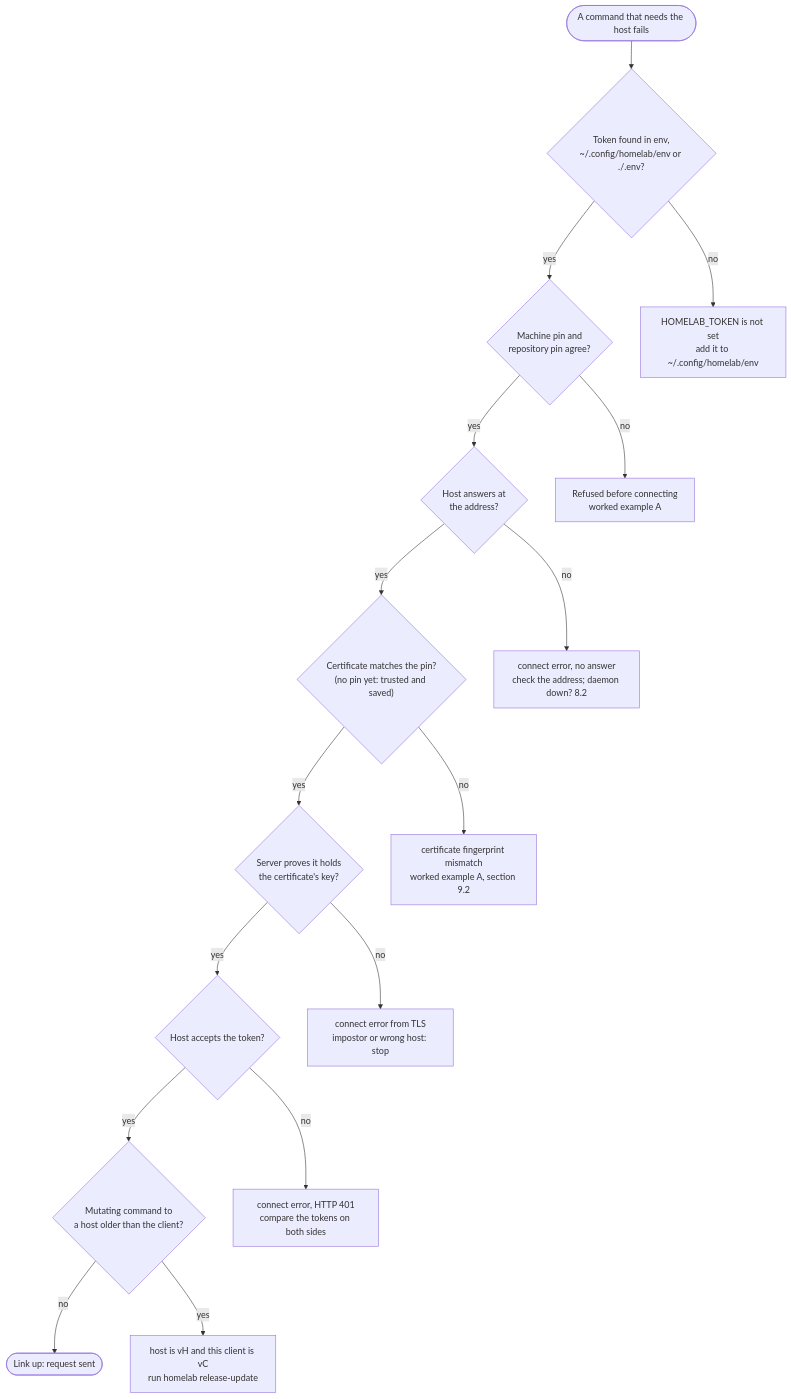
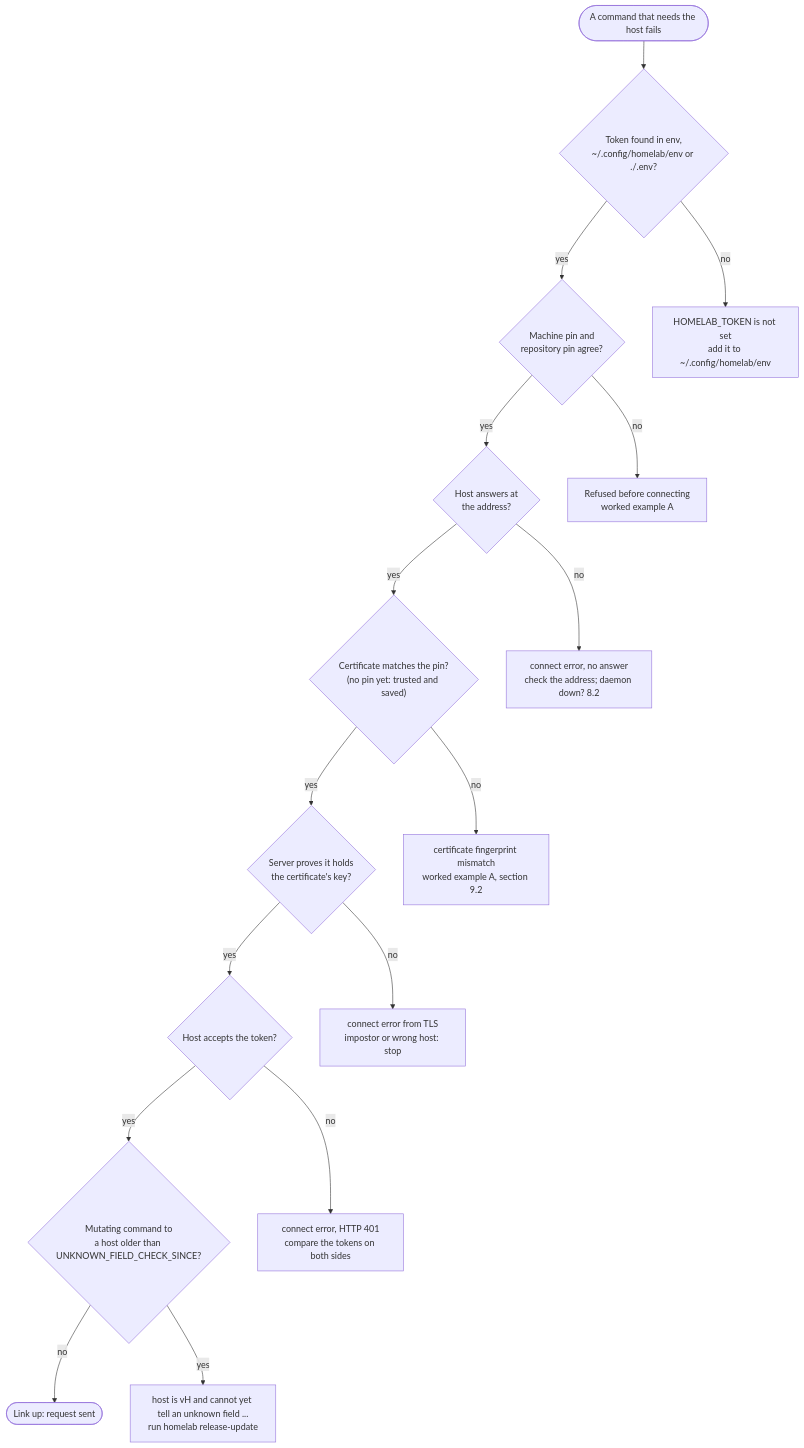
One commit to kennypassenier/homelab changed the third of 3 diagrams in docs/DEBUGGING_GUIDE.md. Above: the diagram before and after it, drawn with Mermaid. The commit also changed other lines of this file and 6 other files, not shown here.

````diff
--- a/docs/DEBUGGING_GUIDE.md
+++ b/docs/DEBUGGING_GUIDE.md
@@ -644,36 +647,36 @@
 ```mermaid
 flowchart TD
     start(["A command that needs the host fails"])
     tok{"Token found in env,<br/>~/.config/homelab/env or ./.env?"}
     pin{"Machine pin and<br/>repository pin agree?"}
     net{"Host answers at<br/>the address?"}
     fp{"Certificate matches the pin?<br/>(no pin yet: trusted and saved)"}
     sig{"Server proves it holds<br/>the certificate's key?"}
     auth{"Host accepts the token?"}
-    ver{"Mutating command to<br/>a host older than the client?"}
+    ver{"Mutating command to<br/>a host older than UNKNOWN_FIELD_CHECK_SINCE?"}
     ok(["Link up: request sent"])
 
     fix_tok["HOMELAB_TOKEN is not set<br/>add it to ~/.config/homelab/env"]
     fix_pin["Refused before connecting<br/>worked example A"]
     fix_net["connect error, no answer<br/>check the address; daemon down? 8.2"]
     fix_fp["certificate fingerprint mismatch<br/>worked example A, section 9.2"]
     fix_sig["connect error from TLS<br/>impostor or wrong host: stop"]
     fix_auth["connect error, HTTP 401<br/>compare the tokens on both sides"]
-    fix_ver["host is vH and this client is vC<br/>run homelab release-update"]
+    fix_ver["host is vH and cannot yet tell an unknown field ...<br/>run homelab release-update"]
 
     start --> tok
     tok -->|yes| pin
     tok -->|no| fix_tok
     pin -->|yes| net
     pin -->|no| fix_pin
     net -->|yes| fp
     net -->|no| fix_net
     fp -->|yes| sig
     fp -->|no| fix_fp
     sig -->|yes| auth
     sig -->|no| fix_sig
     auth -->|yes| ver
     auth -->|no| fix_auth
     ver -->|no| ok
     ver -->|yes| fix_ver
 ```
````
